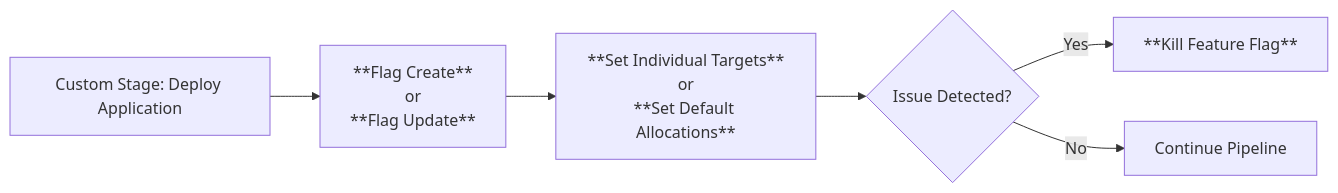
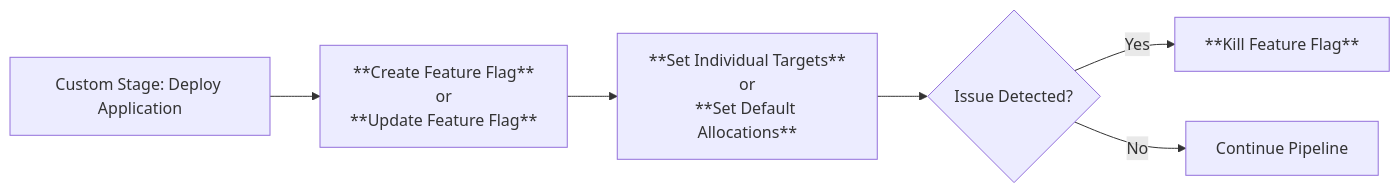
The diagram in docs/feature-management-experimentation/pipelines/index.md (harness/developer-hub), drawn with Mermaid before and after one commit. The commit also changed other lines of this file and 1 other file, not shown here.

````diff
--- a/docs/feature-management-experimentation/pipelines/index.md
+++ b/docs/feature-management-experimentation/pipelines/index.md
@@ -71,8 +62,8 @@
 ```mermaid
 flowchart LR
-    A[Custom Stage: Deploy Application] --> B[**Flag Create**<br/>or<br/>**Flag Update**]
+    A[Custom Stage: Deploy Application] --> B[**Create Feature Flag**<br/>or<br/>**Update Feature Flag**]
     B --> C[**Set Individual Targets**<br/>or<br/>**Set Default Allocations**]
     C --> D{Issue Detected?}
     D -- Yes --> E[**Kill Feature Flag**]
     D -- No --> F[Continue Pipeline]
 ```
````
